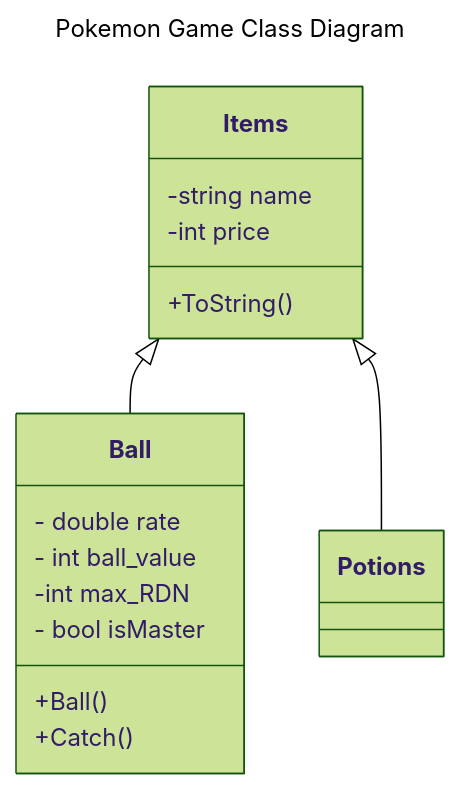
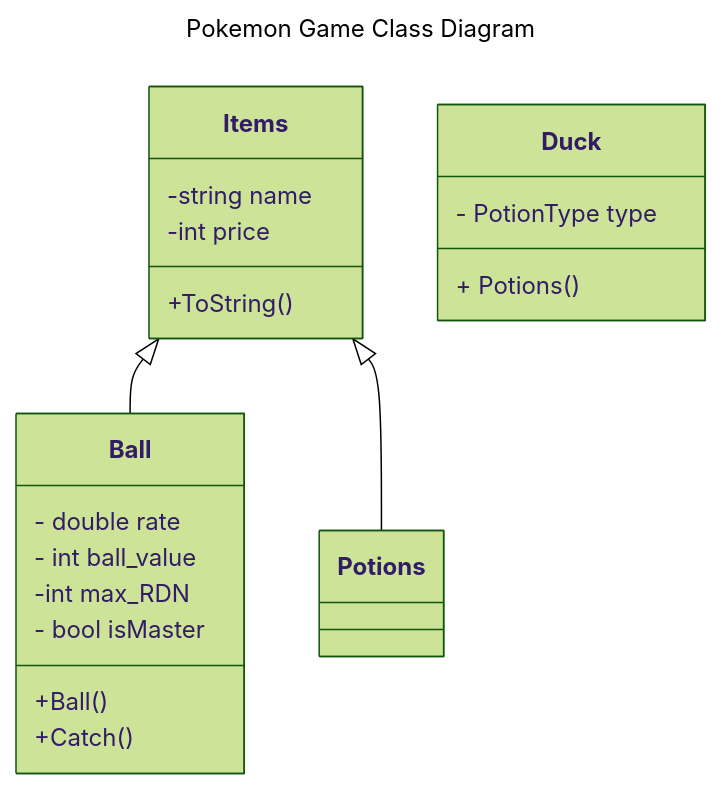
One commit to jinxsu/TextBased-Pokemon changed the diagram in README.md. Above: the diagram before and after it, drawn with Mermaid (forest theme).

````diff
--- a/README.md
+++ b/README.md
@@ -1,25 +1,29 @@
 ```mermaid
 ---
 title: Pokemon Game Class Diagram
 ---
 classDiagram
 Items<|-- Ball
 Items<|--Potions
 Items: -string name
 Items: -int price
 Items: +ToString()
 class Ball{
         - double rate
         - int ball_value
         -int max_RDN
         - bool isMaster
         +Ball()
         +Catch()
     }
+class Duck{
+       - PotionType type
+       + Potions()
+    }
 
 
 
 
 
 
 ```
````
